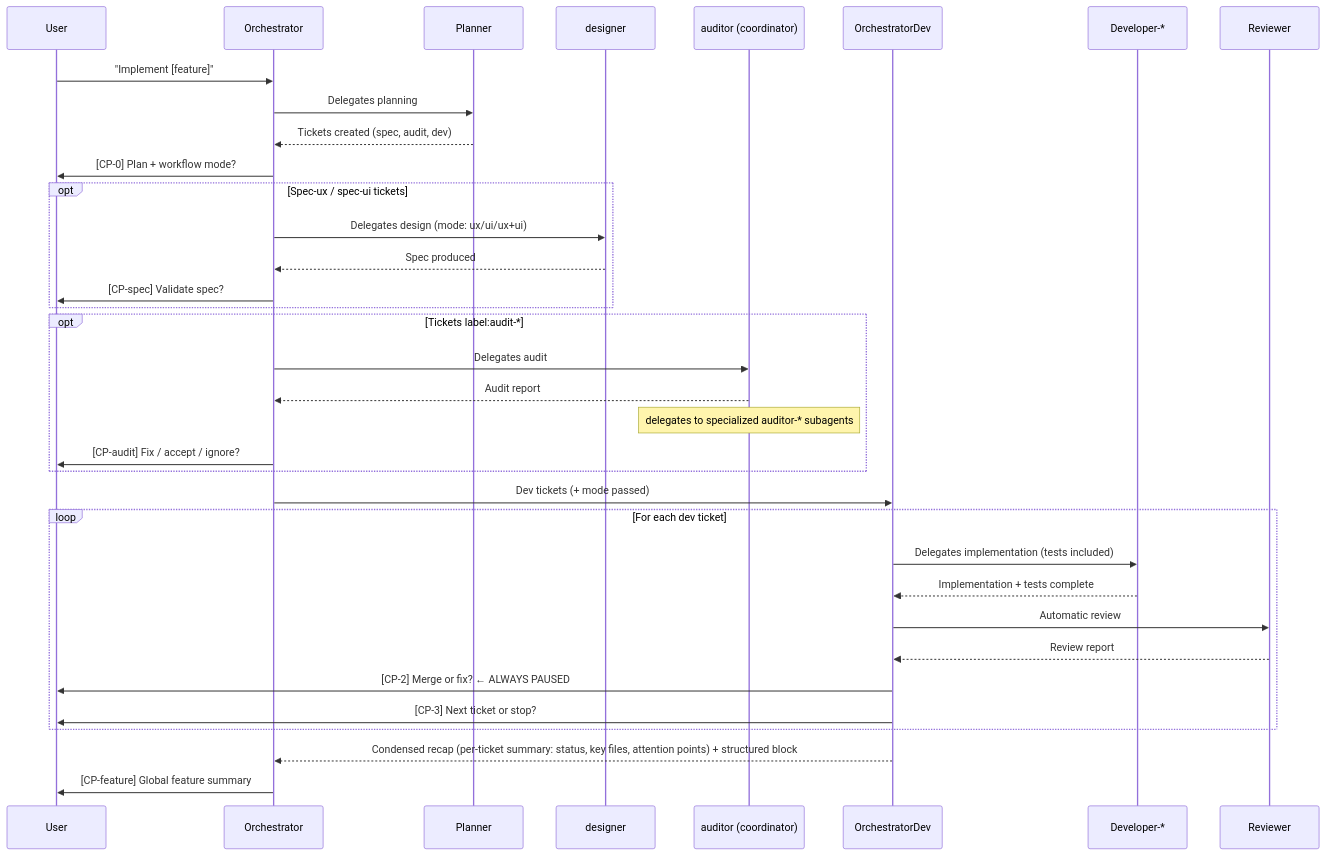
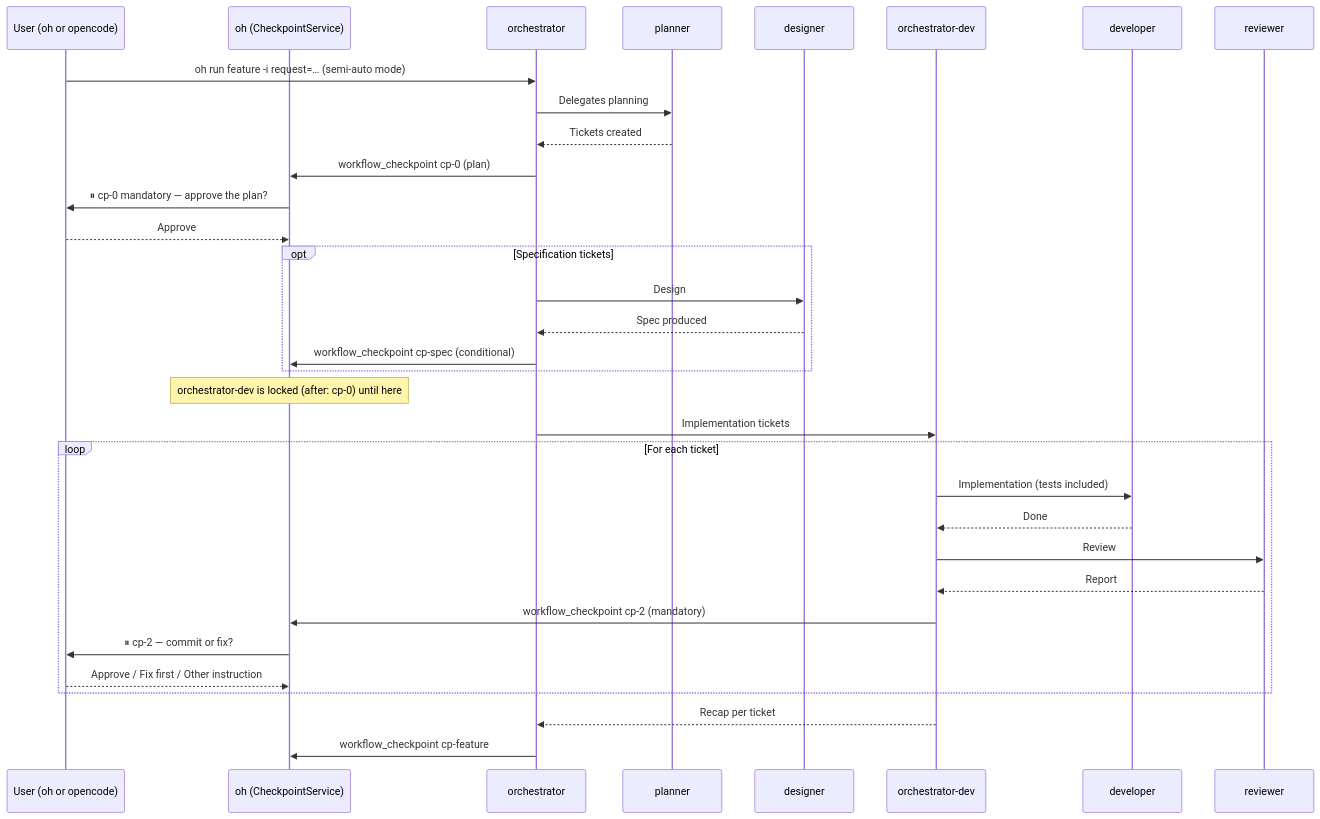
The diagram in docs/architecture/overview.en.md (datichb/openhub), drawn with Mermaid before and after one commit. The commit also changed other lines of this file and 11 other files, not shown here.

Commit message:
docs(architecture): vue d'ensemble v5 (workflow → paquet → serveur de groupe → session, démon, proxy, passerelles, monde fermé, ADR 038–048), agents (20, conductor), skills (livraison par le paquet, inventaire refait), délégation, wiki vivant, todo ; lien de langue en ligne 1 (v5 finalisation, DOC2)

````diff
--- a/docs/architecture/overview.en.md
+++ b/docs/architecture/overview.en.md
@@ -205,42 +129,36 @@
 ```mermaid
 sequenceDiagram
-    participant U as User
-    participant O as Orchestrator
-    participant PL as Planner
+    participant U as User (oh or opencode)
+    participant OH as oh (CheckpointService)
+    participant O as orchestrator
+    participant PL as planner
     participant DS as designer
-    participant AU as auditor (coordinator)
-    participant OD as OrchestratorDev
-    participant DEV as Developer-*
-    participant R as Reviewer
+    participant OD as orchestrator-dev
+    participant DEV as developer
+    participant R as reviewer
 
-    U->>O: "Implement [feature]"
+    U->>O: oh run feature -i request=… (semi-auto mode)
     O->>PL: Delegates planning
-    PL-->>O: Tickets created (spec, audit, dev)
-    O->>U: [CP-0] Plan + workflow mode?
-
-    opt Spec-ux / spec-ui tickets
-        O->>DS: Delegates design (mode: ux/ui/ux+ui)
+    PL-->>O: Tickets created
+    O->>OH: workflow_checkpoint cp-0 (plan)
+    OH->>U: ⏸ cp-0 mandatory — approve the plan?
+    U-->>OH: Approve
+    opt Specification tickets
+        O->>DS: Design
         DS-->>O: Spec produced
-        O->>U: [CP-spec] Validate spec?
+        O->>OH: workflow_checkpoint cp-spec (conditional)
     end
-
-    opt Tickets label:audit-*
-        O->>AU: Delegates audit
-        AU-->>O: Audit report
-        Note over AU: delegates to specialized auditor-* subagents
-        O->>U: [CP-audit] Fix / accept / ignore?
+    Note over OH: orchestrator-dev is locked (after: cp-0) until here
+    O->>OD: Implementation tickets
+    loop For each ticket
+        OD->>DEV: Implementation (tests included)
+        DEV-->>OD: Done
+        OD->>R: Review
+        R-->>OD: Report
+        OD->>OH: workflow_checkpoint cp-2 (mandatory)
+        OH->>U: ⏸ cp-2 — commit or fix?
+        U-->>OH: Approve / Fix first / Other instruction
     end
-
-    O->>OD: Dev tickets (+ mode passed)
-    loop For each dev ticket
-        OD->>DEV: Delegates implementation (tests included)
-        DEV-->>OD: Implementation + tests complete
-        OD->>R: Automatic review
-        R-->>OD: Review report
-        OD->>U: [CP-2] Merge or fix? ← ALWAYS PAUSED
-        OD->>U: [CP-3] Next ticket or stop?
-    end
-    OD-->>O: Condensed recap (per-ticket summary: status, key files, attention points) + structured block
-
-    O->>U: [CP-feature] Global feature summary
+    OD-->>O: Recap per ticket
+    O->>OH: workflow_checkpoint cp-feature
 ```
````
